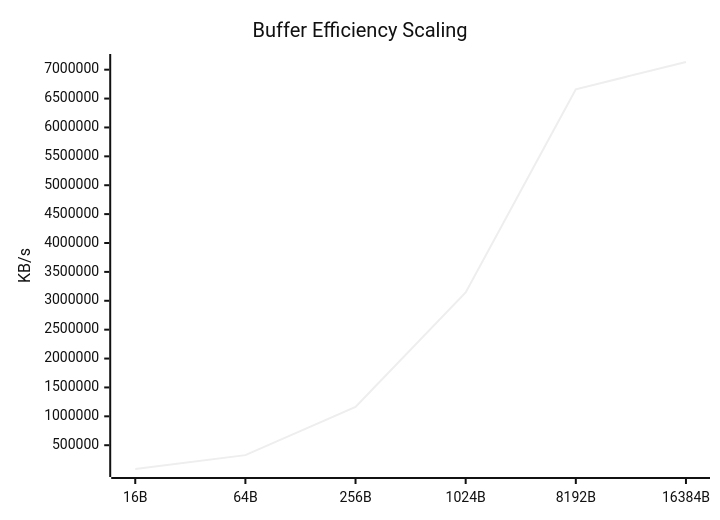
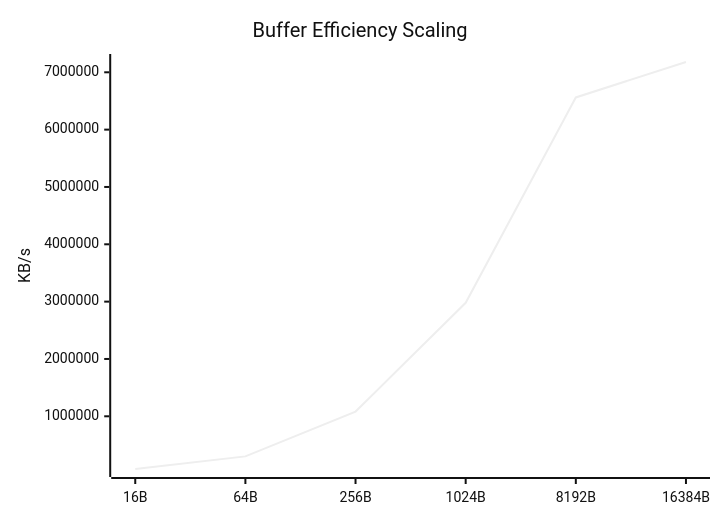
The sixth of 9 diagrams in docs/Comparison_Report.md (taha2samy/openssl_fips), drawn with Mermaid (neutral theme) before and after one commit. The commit also changed other lines of this file and 2 other files, not shown here.

````diff
--- a/docs/Comparison_Report.md
+++ b/docs/Comparison_Report.md
@@ -102,7 +102,7 @@
 ```mermaid
 xychart-beta
     title "Buffer Efficiency Scaling"
     x-axis [16B, 64B, 256B, 1024B, 8192B, 16384B]
     y-axis "KB/s"
-    line [88327.83, 328374.78, 1163250.18, 3142814.21, 6661054.46, 7132921.86]
+    line [80728.62, 300748.93, 1082218.24, 2979429.89, 6561656.83, 7179509.76]
 ```
````
